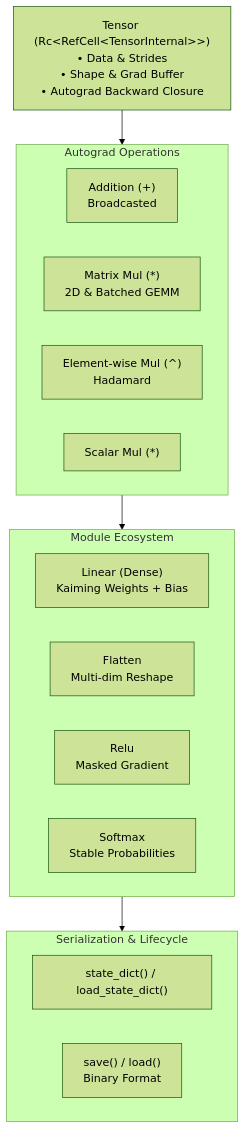
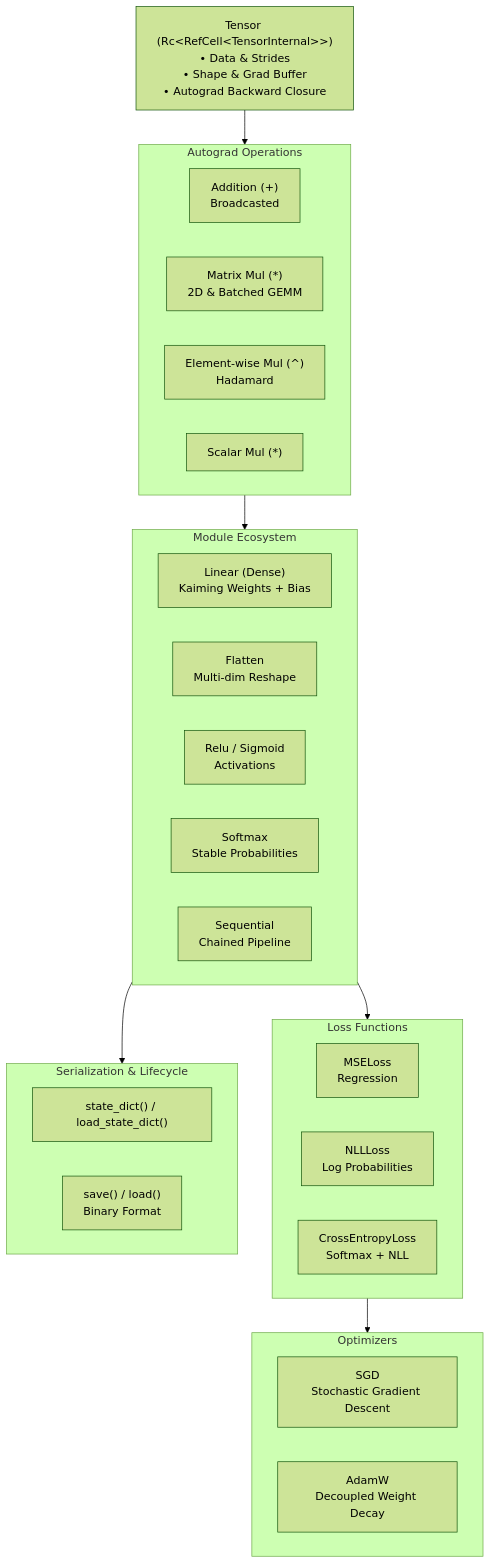
The diagram in readme.md (parm2006/NeuralNetworksRust), drawn with Mermaid (forest theme) before and after one commit. The commit also changed other lines of this file and 20 other files, not shown here.

Commit message:
Add Sequential, loss functions, optimizers (SGD, AdamW), and restructure tensor module

````diff
--- a/readme.md
+++ b/readme.md
@@ -20,27 +22,41 @@
 ```mermaid
 graph TD
     Tensor["Tensor (Rc&lt;RefCell&lt;TensorInternal&gt;&gt;)<br/>• Data & Strides<br/>• Shape & Grad Buffer<br/>• Autograd Backward Closure"]
     
     subgraph Ops ["Autograd Operations"]
         Add["Addition (+)<br/>Broadcasted"]
         Mul["Matrix Mul (*)<br/>2D & Batched GEMM"]
         ElemMul["Element-wise Mul (^)<br/>Hadamard"]
         Scale["Scalar Mul (*)"]
     end
     
     subgraph Modules ["Module Ecosystem"]
         Linear["Linear (Dense)<br/>Kaiming Weights + Bias"]
         Flatten["Flatten<br/>Multi-dim Reshape"]
-        Relu["Relu<br/>Masked Gradient"]
+        Relu["Relu / Sigmoid<br/>Activations"]
         Softmax["Softmax<br/>Stable Probabilities"]
+        Sequential["Sequential<br/>Chained Pipeline"]
+    end
+
+    subgraph Losses ["Loss Functions"]
+        MSE["MSELoss<br/>Regression"]
+        NLL["NLLLoss<br/>Log Probabilities"]
+        CE["CrossEntropyLoss<br/>Softmax + NLL"]
+    end
+
+    subgraph Optim ["Optimizers"]
+        SGD["SGD<br/>Stochastic Gradient Descent"]
+        AdamW["AdamW<br/>Decoupled Weight Decay"]
     end
     
     subgraph State ["Serialization & Lifecycle"]
         StateDict["state_dict() / load_state_dict()"]
         BinIO["save() / load()<br/>Binary Format"]
     end
 
     Tensor --> Ops
     Ops --> Modules
+    Modules --> Losses
+    Losses --> Optim
     Modules --> State
 ```
````
